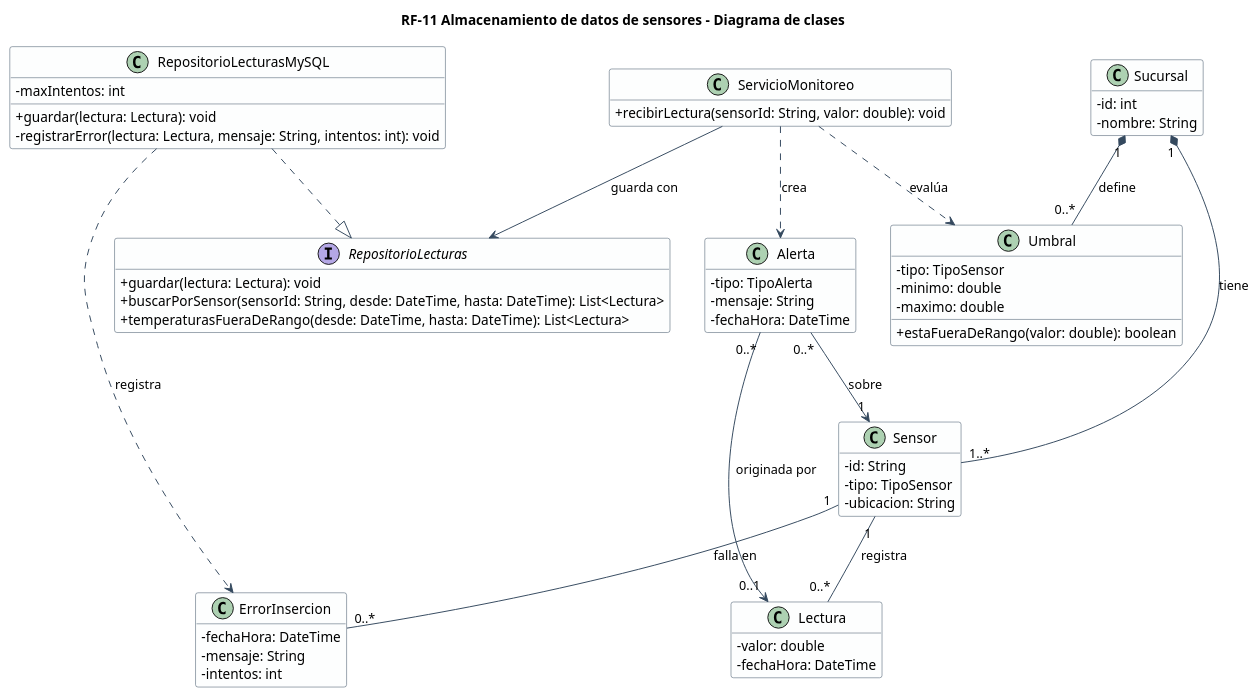
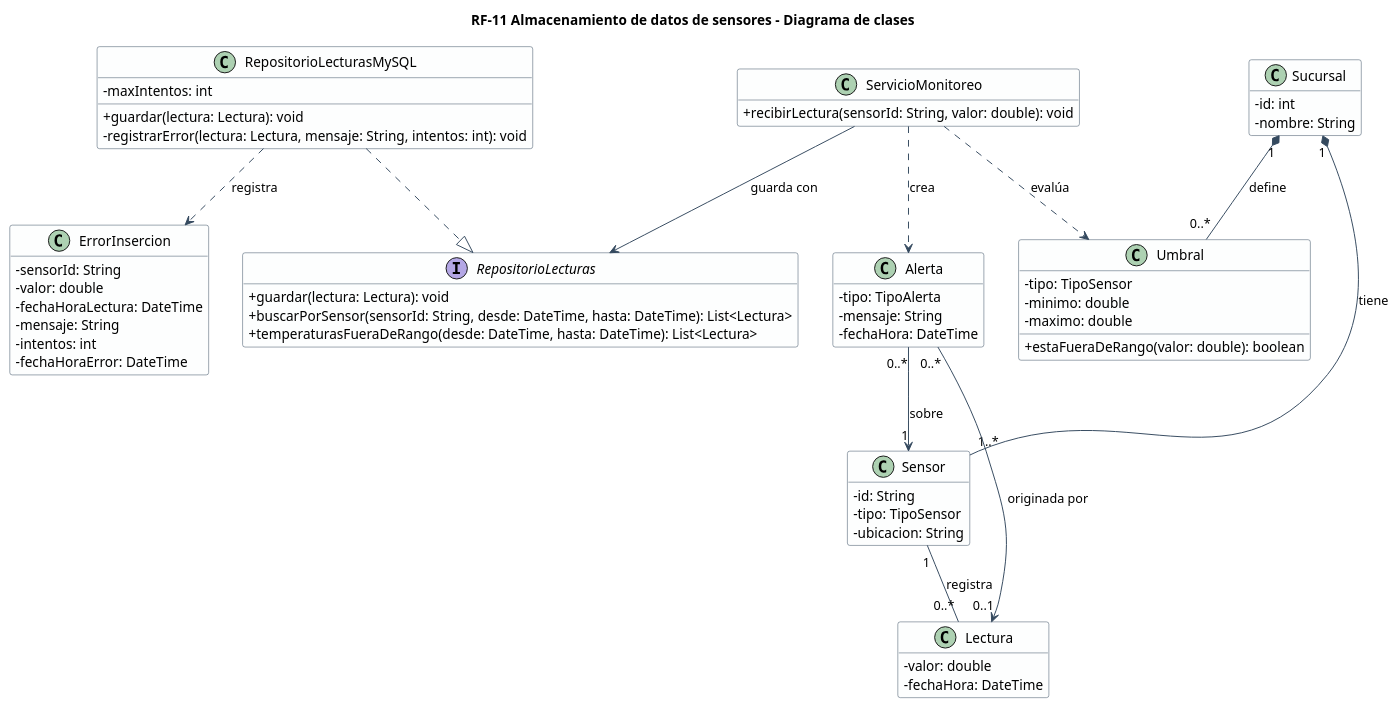
Before and after one commit to Reas0nt/BookVerse: the diagram in etapa3/semana13-avance2/diagramas/clases_rf11.puml, drawn with PlantUML. The commit also changed 9 other files, not shown here.

First line of the commit message:
fix(etapa3): harden RF-11 schema retry and error log

```diff
--- a/etapa3/semana13-avance2/diagramas/clases_rf11.puml
+++ b/etapa3/semana13-avance2/diagramas/clases_rf11.puml
@@ -1,76 +1,78 @@
 @startuml clases_rf11
 title RF-11 Almacenamiento de datos de sensores - Diagrama de clases
 skinparam classAttributeIconSize 0
 skinparam shadowing false
 skinparam class {
   BackgroundColor #FDFEFE
   BorderColor #34495E
   ArrowColor #34495E
 }
 hide empty members
 
 class ServicioMonitoreo {
   + recibirLectura(sensorId: String, valor: double): void
 }
 
 interface RepositorioLecturas {
   + guardar(lectura: Lectura): void
   + buscarPorSensor(sensorId: String, desde: DateTime, hasta: DateTime): List<Lectura>
   + temperaturasFueraDeRango(desde: DateTime, hasta: DateTime): List<Lectura>
 }
 
 class RepositorioLecturasMySQL {
   - maxIntentos: int
   + guardar(lectura: Lectura): void
   - registrarError(lectura: Lectura, mensaje: String, intentos: int): void
 }
 
 class Sensor {
   - id: String
   - tipo: TipoSensor
   - ubicacion: String
 }
 
 class Lectura {
   - valor: double
   - fechaHora: DateTime
 }
 
 class Umbral {
   - tipo: TipoSensor
   - minimo: double
   - maximo: double
   + estaFueraDeRango(valor: double): boolean
 }
 
 class Alerta {
   - tipo: TipoAlerta
   - mensaje: String
   - fechaHora: DateTime
 }
 
 class ErrorInsercion {
-  - fechaHora: DateTime
+  - sensorId: String
+  - valor: double
+  - fechaHoraLectura: DateTime
   - mensaje: String
   - intentos: int
+  - fechaHoraError: DateTime
 }
 
 class Sucursal {
   - id: int
   - nombre: String
 }
 
 Sucursal "1" *-- "1..*" Sensor : tiene
 Sucursal "1" *-- "0..*" Umbral : define
 Sensor "1" -- "0..*" Lectura : registra
-Sensor "1" -- "0..*" ErrorInsercion : falla en
 Alerta "0..*" --> "1" Sensor : sobre
 Alerta "0..*" --> "0..1" Lectura : originada por
 
 ServicioMonitoreo ..> Umbral : evalúa
 ServicioMonitoreo ..> Alerta : crea
 ServicioMonitoreo --> RepositorioLecturas : guarda con
 RepositorioLecturasMySQL ..|> RepositorioLecturas
 RepositorioLecturasMySQL ..> ErrorInsercion : registra
 
 @enduml
```
